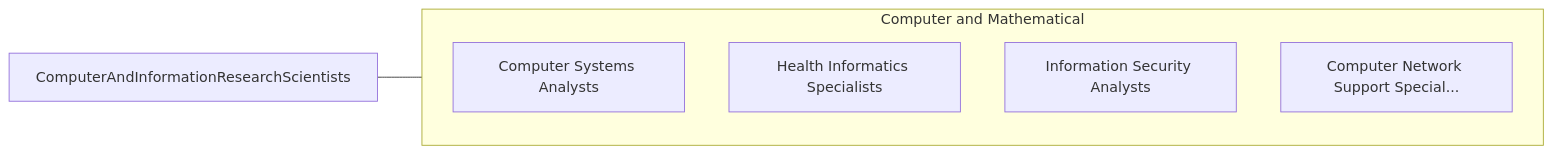
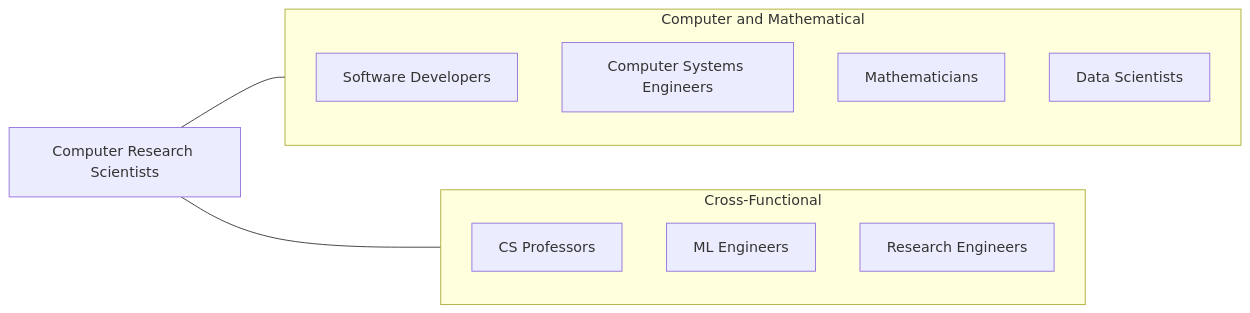
The third of 4 diagrams in occupations/Technology/ComputerAndInformationResearchScientists.mdx (kziemski/business.org.ai), drawn with Mermaid before and after one commit. The commit also changed other lines of this file and 938 other files, not shown here.

````diff
--- a/occupations/Technology/ComputerAndInformationResearchScientists.mdx
+++ b/occupations/Technology/ComputerAndInformationResearchScientists.mdx
@@ -105,13 +183,20 @@
 ```mermaid
 graph LR
-    Current["ComputerAndInformationResearchScientists"]
+    Current["Computer Research Scientists"]
 
     subgraph SameCategory["Computer and Mathematical"]
-        ComputerSystemsAnaly["Computer Systems Analysts"]
-        HealthInformaticsSpe["Health Informatics Specialists"]
-        InformationSecurityA["Information Security Analysts"]
-        ComputerNetworkSuppo["Computer Network Support Special..."]
+        SD["Software Developers"]
+        CSE["Computer Systems Engineers"]
+        Math["Mathematicians"]
+        DS["Data Scientists"]
+    end
+
+    subgraph CrossFunctional["Cross-Functional"]
+        Prof["CS Professors"]
+        MLE["ML Engineers"]
+        RA["Research Engineers"]
     end
 
     Current --- SameCategory
+    Current --- CrossFunctional
 ```
````
